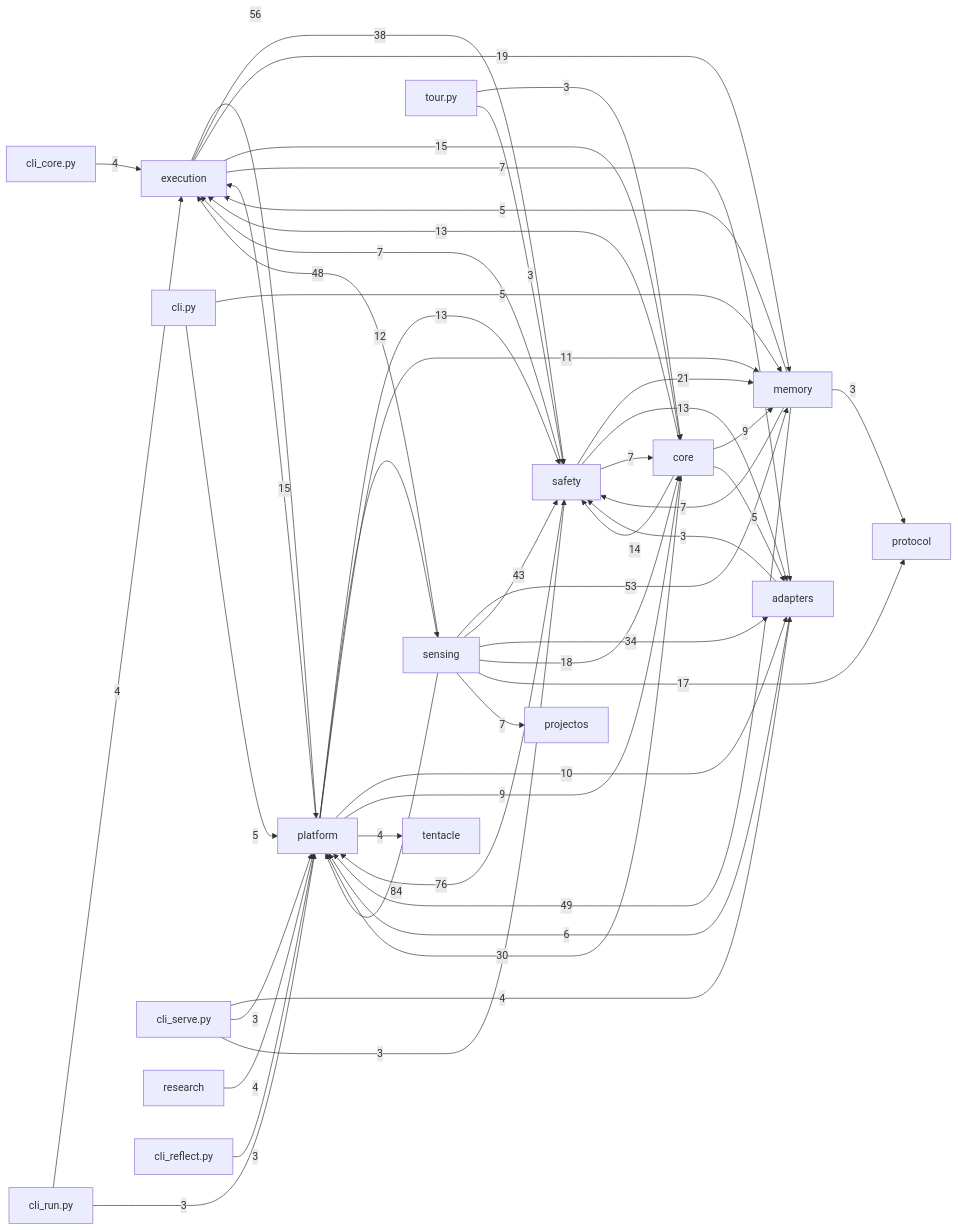
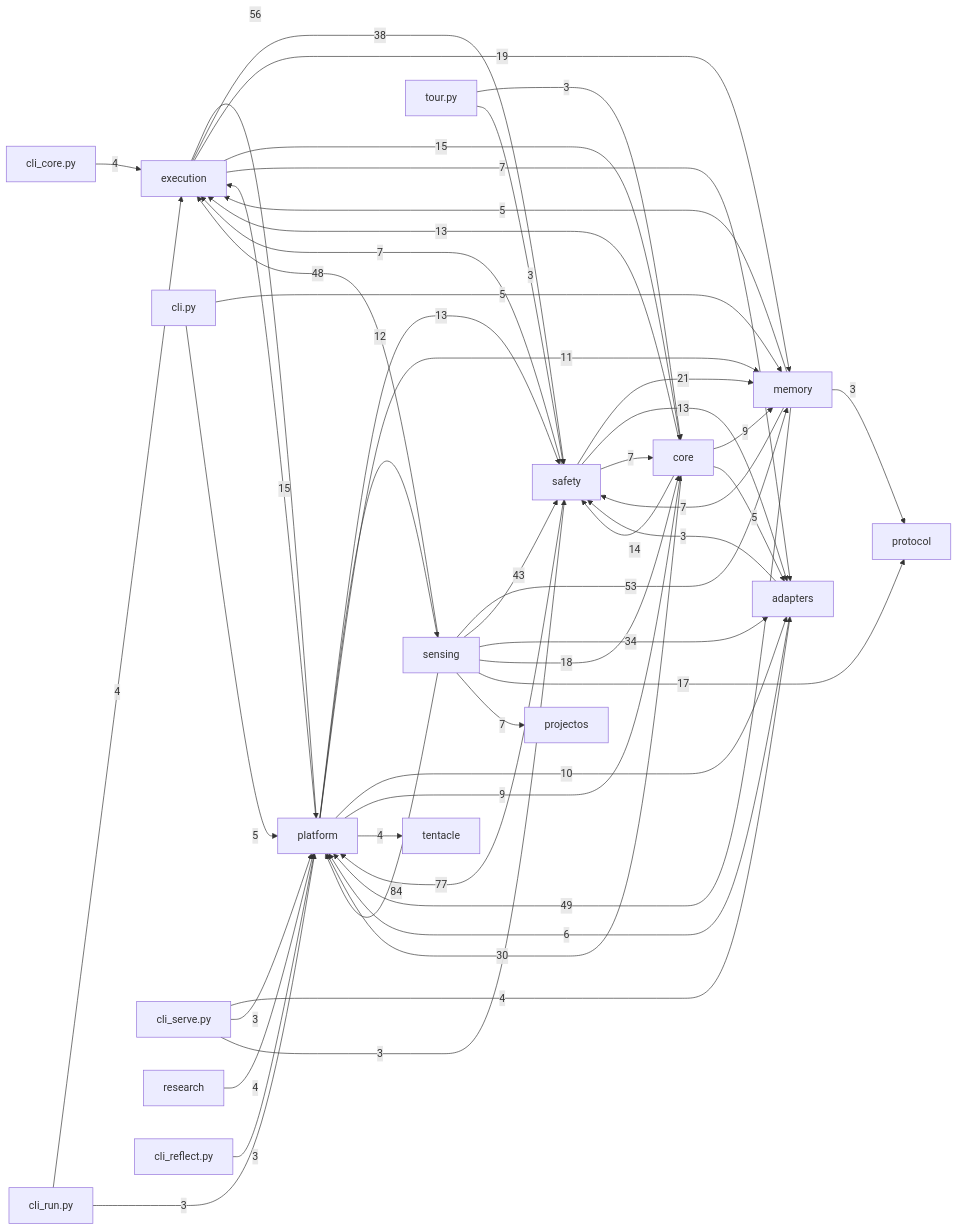
One commit to dengdenghua/octopus-agent changed the diagram in docs/auto/20-backend/index.md. Above: the diagram before and after it, drawn with Mermaid. The commit also changed 4 other files, not shown here.

````diff
--- a/docs/auto/20-backend/index.md
+++ b/docs/auto/20-backend/index.md
@@ -26,58 +26,58 @@
 ```mermaid
 graph LR
   execution[execution]
   core[core]
   safety[safety]
   memory[memory]
   sensing[sensing]
   adapters[adapters]
   platform[platform]
   sensing -- 84 --> platform
-  safety -- 76 --> platform
+  safety -- 77 --> platform
   execution -- 56 --> platform
   sensing -- 53 --> memory
   memory -- 49 --> platform
   sensing -- 48 --> execution
   sensing -- 43 --> safety
   execution -- 38 --> safety
   sensing -- 34 --> adapters
   core -- 30 --> platform
   safety -- 21 --> memory
   execution -- 19 --> memory
   sensing -- 18 --> core
   sensing -- 17 --> protocol
   execution -- 15 --> core
   platform -- 15 --> execution
   core -- 14 --> safety
   core -- 13 --> execution
   platform -- 13 --> safety
   safety -- 13 --> adapters
   platform -- 12 --> sensing
   platform -- 11 --> memory
   platform -- 10 --> adapters
   core -- 9 --> memory
   platform -- 9 --> core
   execution -- 7 --> adapters
   memory -- 7 --> safety
   safety -- 7 --> core
   safety -- 7 --> execution
   sensing -- 7 --> projectos
   adapters -- 6 --> platform
   cli.py -- 5 --> memory
   cli.py -- 5 --> platform
   core -- 5 --> adapters
   memory -- 5 --> execution
   cli_core.py -- 4 --> execution
   cli_run.py -- 4 --> execution
   cli_serve.py -- 4 --> adapters
   platform -- 4 --> tentacle
   research -- 4 --> platform
   adapters -- 3 --> safety
   cli_reflect.py -- 3 --> platform
   cli_run.py -- 3 --> platform
   cli_serve.py -- 3 --> platform
   cli_serve.py -- 3 --> safety
   memory -- 3 --> protocol
   tour.py -- 3 --> core
   tour.py -- 3 --> safety
 ```
````
